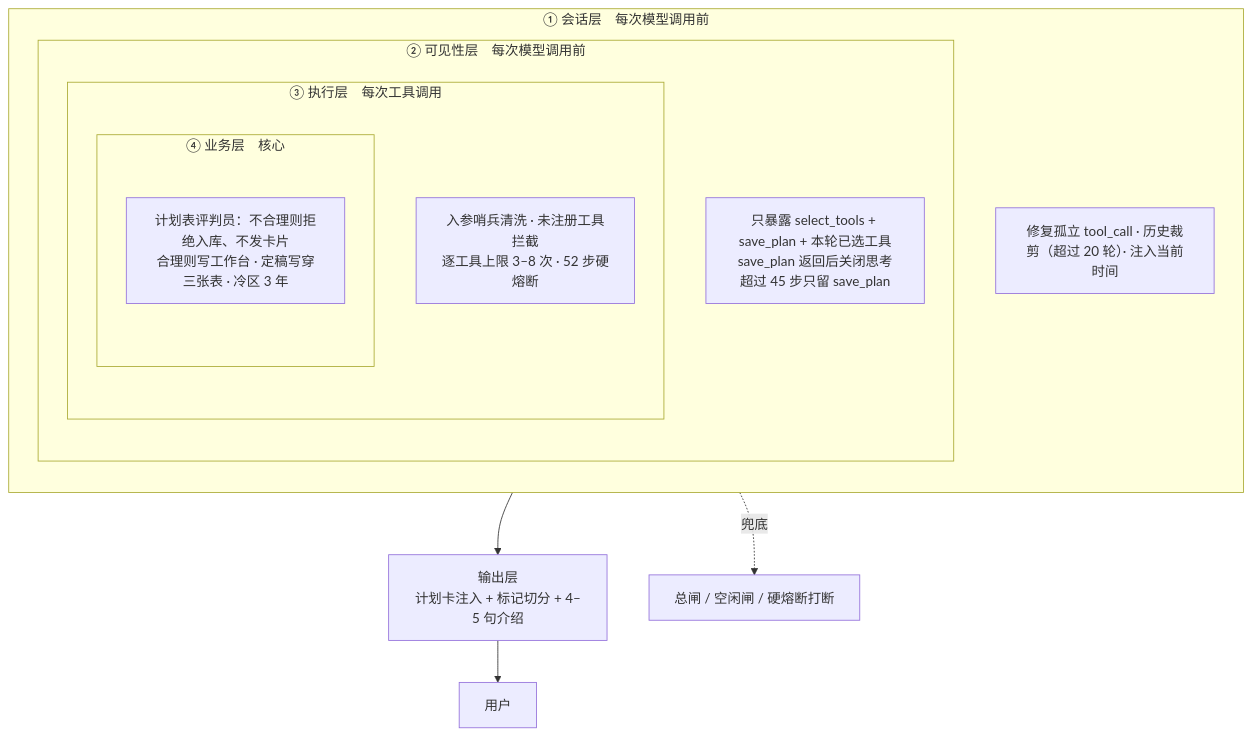
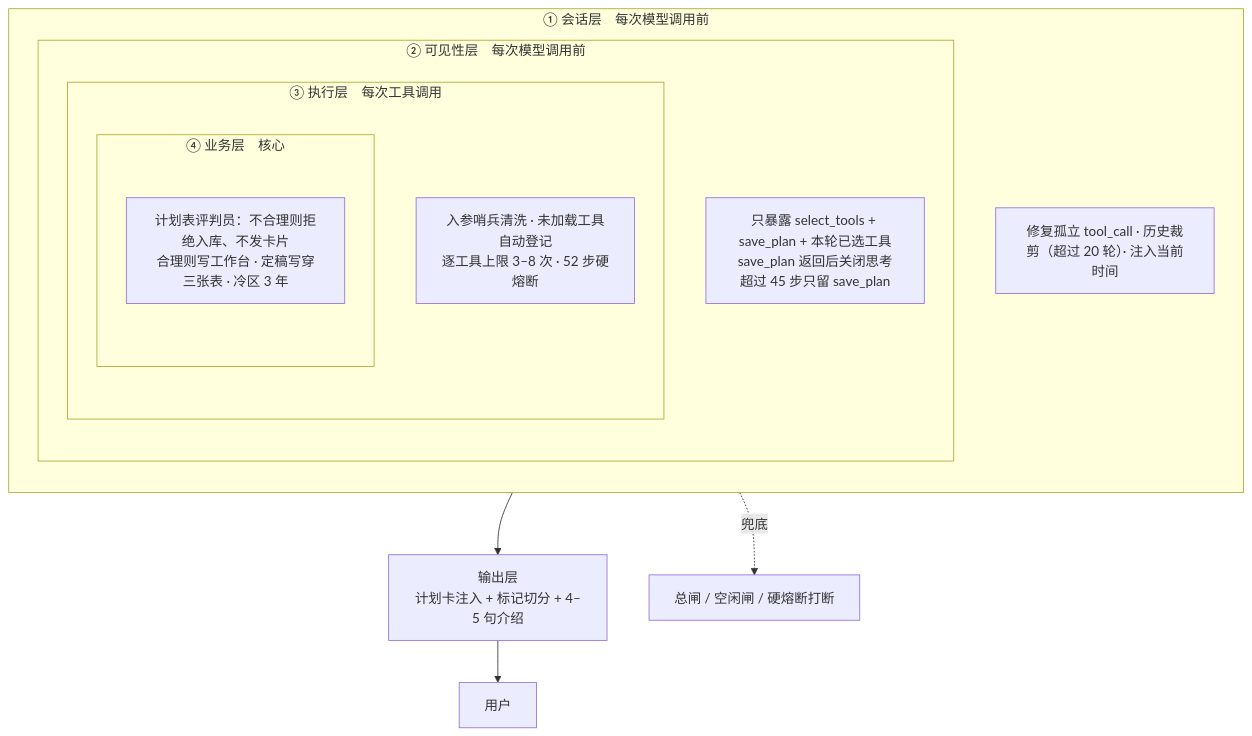
Before and after one commit to liuyimo619-spec/agent-demo: the second of 2 diagrams in README.md, drawn with Mermaid. The commit also changed other lines of this file, not shown here.

````diff
--- a/README.md
+++ b/README.md
@@ -100,22 +100,22 @@
 ```mermaid
 flowchart TB
     subgraph L1["① 会话层　每次模型调用前"]
         direction TB
         N1["修复孤立 tool_call · 历史裁剪（超过 20 轮）· 注入当前时间"]
         subgraph L2["② 可见性层　每次模型调用前"]
             direction TB
             N2["只暴露 select_tools + save_plan + 本轮已选工具<br/>save_plan 返回后关闭思考<br/>超过 45 步只留 save_plan"]
             subgraph L3["③ 执行层　每次工具调用"]
                 direction TB
-                N3["入参哨兵清洗 · 未注册工具拦截<br/>逐工具上限 3–8 次 · 52 步硬熔断"]
+                N3["入参哨兵清洗 · 未加载工具自动登记<br/>逐工具上限 3–8 次 · 52 步硬熔断"]
                 subgraph L4["④ 业务层　核心"]
                     direction TB
                     N4["计划表评判员：不合理则拒绝入库、不发卡片<br/>合理则写工作台 · 定稿写穿三张表 · 冷区 3 年"]
                 end
             end
         end
     end
     L4 --> OUT["输出层<br/>计划卡注入 + 标记切分 + 4–5 句介绍"]
     OUT --> U2["用户"]
     L4 -. 兜底 .-> CUT["总闸 / 空闲闸 / 硬熔断打断"]
 ```
````
